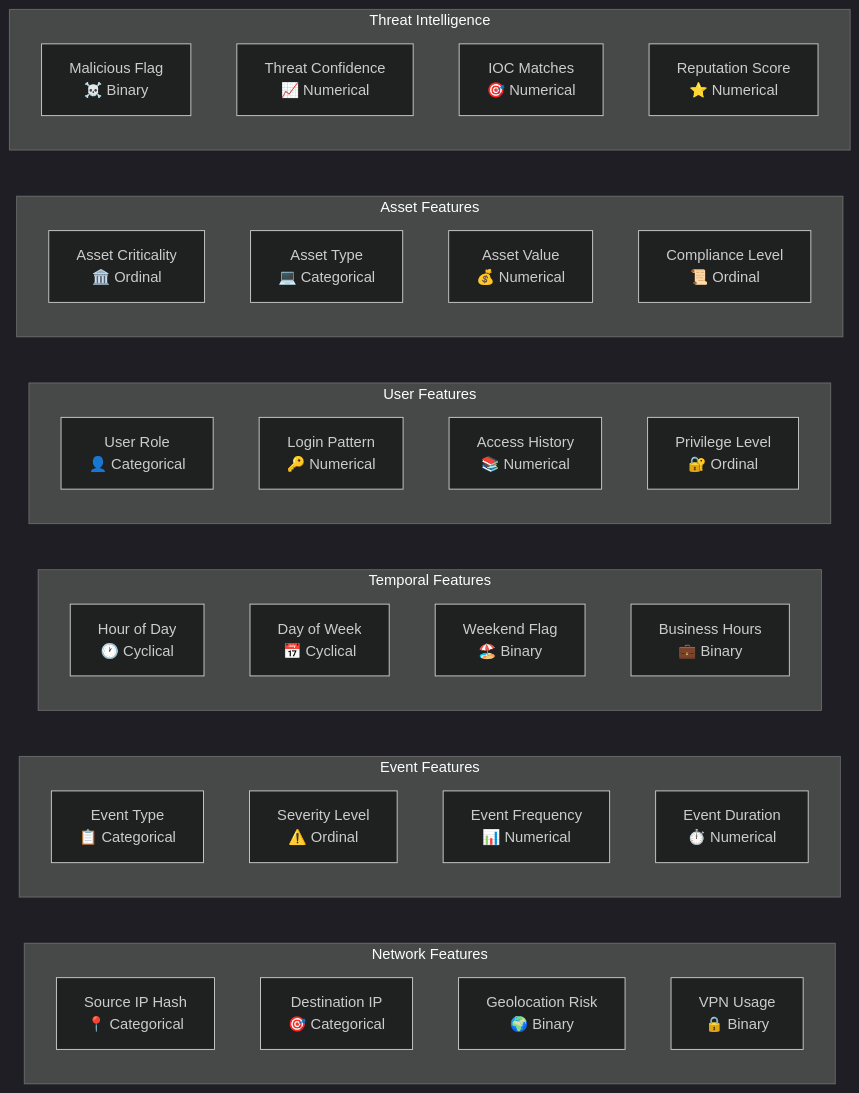
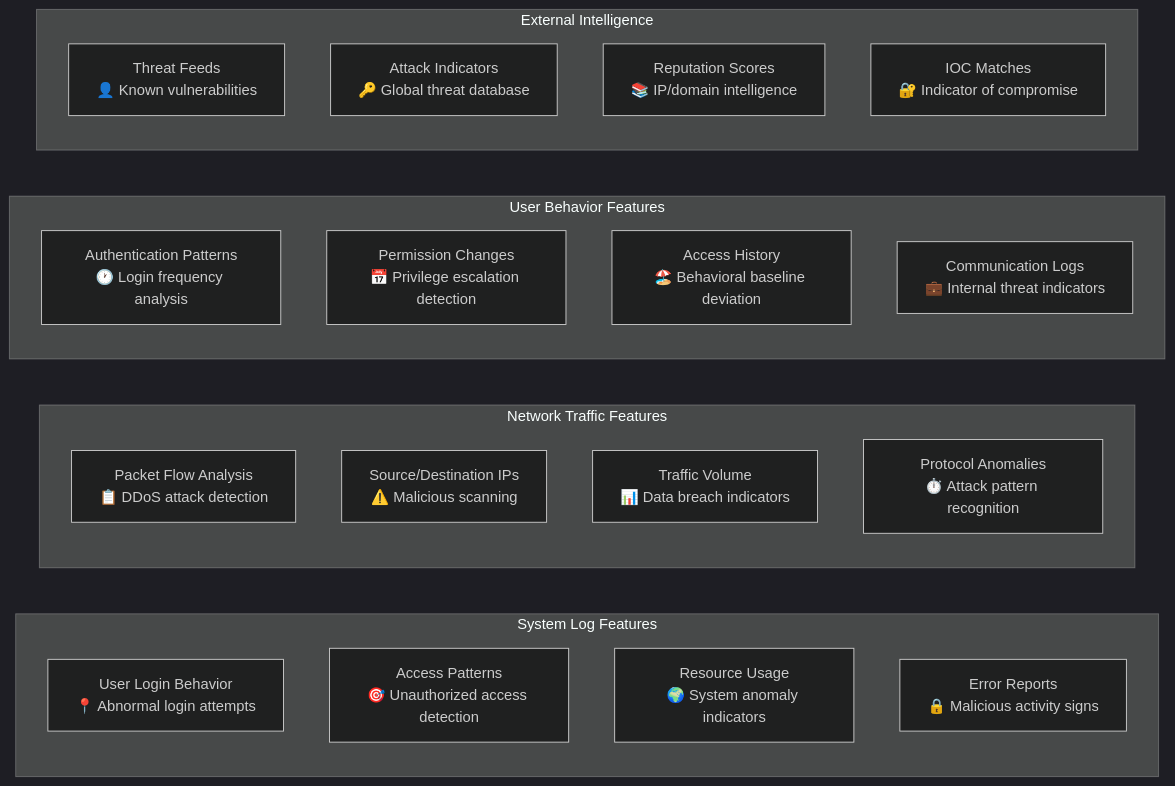
Before and after one commit to nes10r/BigDataProject: the third of 7 diagrams in MODEL_ANALYSIS.md, drawn with Mermaid (dark theme). The commit also changed other lines of this file and 1 other file, not shown here.

````diff
--- a/MODEL_ANALYSIS.md
+++ b/MODEL_ANALYSIS.md
@@ -147,44 +237,30 @@
 ```mermaid
 graph LR
-    subgraph "Network Features"
-        A1[Source IP Hash<br/>📍 Categorical]
-        A2[Destination IP<br/>🎯 Categorical] 
-        A3[Geolocation Risk<br/>🌍 Binary]
-        A4[VPN Usage<br/>🔒 Binary]
+    subgraph "System Log Features"
+        A1[User Login Behavior<br/>📍 Abnormal login attempts]
+        A2[Access Patterns<br/>🎯 Unauthorized access detection] 
+        A3[Resource Usage<br/>🌍 System anomaly indicators]
+        A4[Error Reports<br/>🔒 Malicious activity signs]
     end
     
-    subgraph "Event Features"
-        B1[Event Type<br/>📋 Categorical]
-        B2[Severity Level<br/>⚠️ Ordinal]
-        B3[Event Frequency<br/>📊 Numerical]
-        B4[Event Duration<br/>⏱️ Numerical]
+    subgraph "Network Traffic Features"
+        B1[Packet Flow Analysis<br/>📋 DDoS attack detection]
+        B2[Source/Destination IPs<br/>⚠️ Malicious scanning]
+        B3[Traffic Volume<br/>📊 Data breach indicators]
+        B4[Protocol Anomalies<br/>⏱️ Attack pattern recognition]
     end
     
-    subgraph "Temporal Features"
-        C1[Hour of Day<br/>🕐 Cyclical]
-        C2[Day of Week<br/>📅 Cyclical]
-        C3[Weekend Flag<br/>🏖️ Binary]
-        C4[Business Hours<br/>💼 Binary]
+    subgraph "User Behavior Features"
+        C1[Authentication Patterns<br/>🕐 Login frequency analysis]
+        C2[Permission Changes<br/>📅 Privilege escalation detection]
+        C3[Access History<br/>🏖️ Behavioral baseline deviation]
+        C4[Communication Logs<br/>💼 Internal threat indicators]
     end
     
-    subgraph "User Features"
-        D1[User Role<br/>👤 Categorical]
-        D2[Login Pattern<br/>🔑 Numerical]
-        D3[Access History<br/>📚 Numerical]
-        D4[Privilege Level<br/>🔐 Ordinal]
-    end
-    
-    subgraph "Asset Features"
-        E1[Asset Criticality<br/>🏛️ Ordinal]
-        E2[Asset Type<br/>💻 Categorical]
-        E3[Asset Value<br/>💰 Numerical]
-        E4[Compliance Level<br/>📜 Ordinal]
-    end
-    
-    subgraph "Threat Intelligence"
-        F1[Malicious Flag<br/>☠️ Binary]
-        F2[Threat Confidence<br/>📈 Numerical]
-        F3[IOC Matches<br/>🎯 Numerical]
-        F4[Reputation Score<br/>⭐ Numerical]
+    subgraph "External Intelligence"
+        D1[Threat Feeds<br/>👤 Known vulnerabilities]
+        D2[Attack Indicators<br/>🔑 Global threat database]
+        D3[Reputation Scores<br/>📚 IP/domain intelligence]
+        D4[IOC Matches<br/>🔐 Indicator of compromise]
     end
 ```
````
